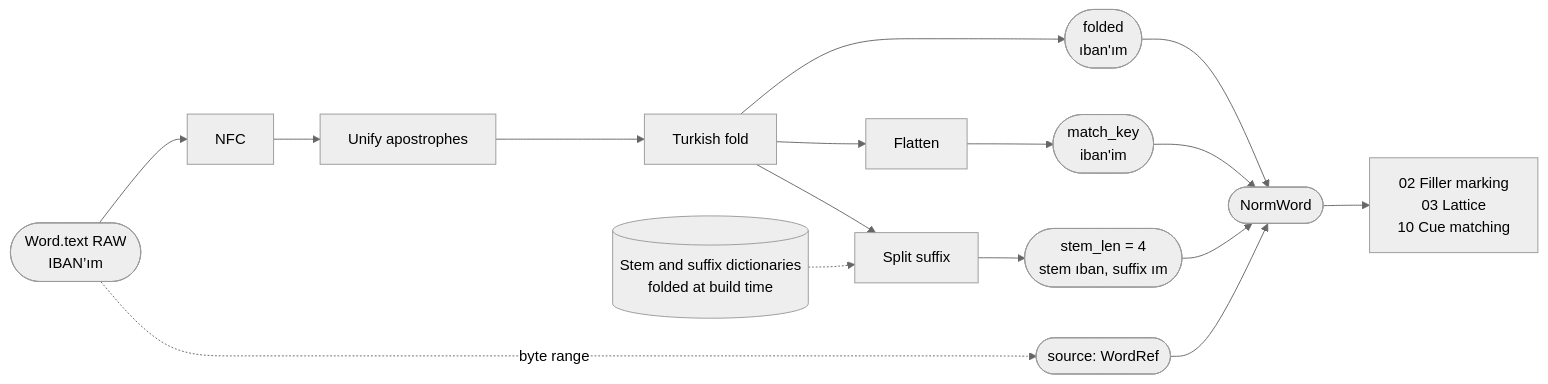
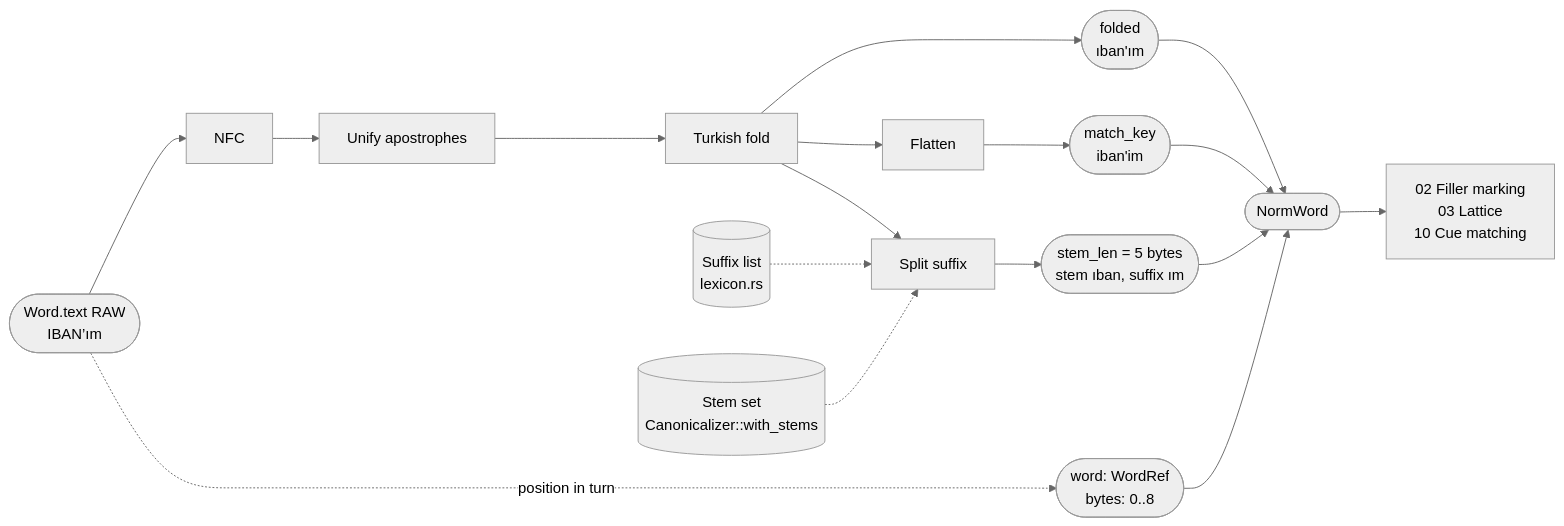
One commit to aral-by/ortu changed the first of 2 diagrams in docs/algorithms/01-text-canonicalization.md. Above: the diagram before and after it, drawn with Mermaid (neutral theme). The commit also changed other lines of this file and 7 other files, not shown here.

````diff
--- a/docs/algorithms/01-text-canonicalization.md
+++ b/docs/algorithms/01-text-canonicalization.md
@@ -38,11 +39,12 @@
 ```mermaid
 flowchart LR
     IN(["Word.text RAW<br/>IBAN’ım"]) --> S1["NFC"] --> S2["Unify apostrophes"] --> S3["Turkish fold"]
     S3 --> FO(["folded<br/>ıban'ım"])
     S3 --> S4["Flatten"] --> MK(["match_key<br/>iban'im"])
-    S3 --> S5["Split suffix"] --> SL(["stem_len = 4<br/>stem ıban, suffix ım"])
-    DICT[("Stem and suffix dictionaries<br/>folded at build time")] -.-> S5
-    IN -.->|"byte range"| SRC(["source: WordRef"])
+    S3 --> S5["Split suffix"] --> SL(["stem_len = 5 bytes<br/>stem ıban, suffix ım"])
+    SUF[("Suffix list<br/>lexicon.rs")] -.-> S5
+    STEMS[("Stem set<br/>Canonicalizer::with_stems")] -.-> S5
+    IN -.->|"position in turn"| SRC(["word: WordRef<br/>bytes: 0..8"])
     FO & MK & SL & SRC --> NW(["NormWord"])
     NW --> NEXT["02 Filler marking<br/>03 Lattice<br/>10 Cue matching"]
 ```
````
